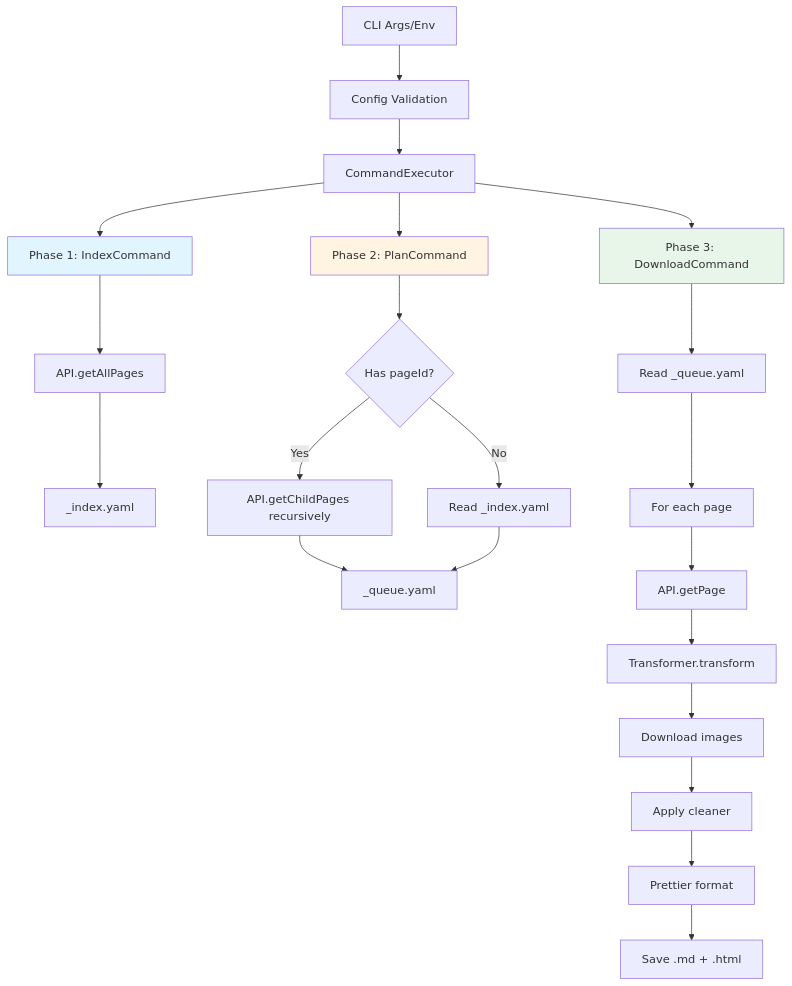
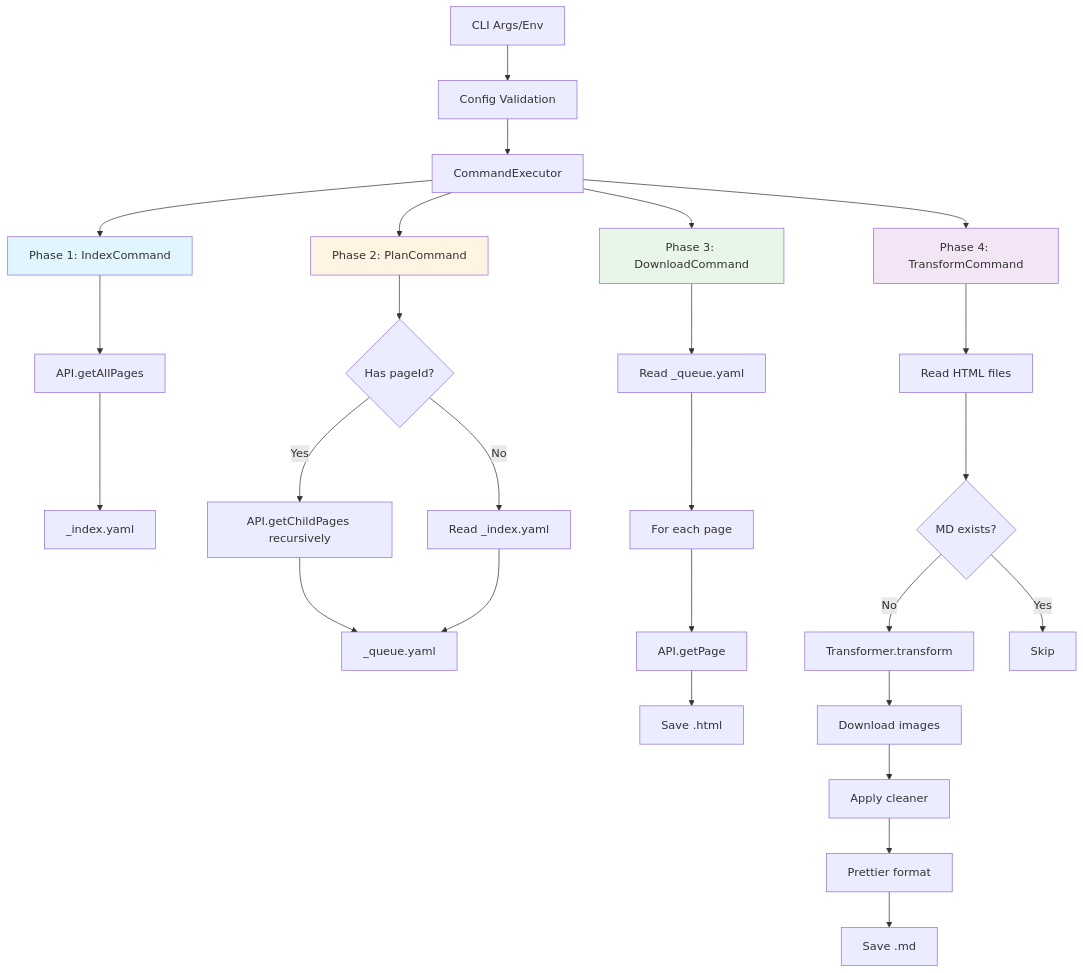
One commit to borgius/confluence-exporter changed the first of 4 diagrams in agents.md. Above: the diagram before and after it, drawn with Mermaid. The commit also changed other lines of this file and 6 other files, not shown here.

First line of the commit message:
feat: Add TransformCommand to convert HTML files to Markdown

````diff
--- a/agents.md
+++ b/agents.md
@@ -67,31 +72,38 @@
 ```mermaid
 flowchart TD
     A[CLI Args/Env] --> B[Config Validation]
     B --> C[CommandExecutor]
     
     C --> D[Phase 1: IndexCommand]
     C --> E[Phase 2: PlanCommand]
     C --> F[Phase 3: DownloadCommand]
+    C --> G[Phase 4: TransformCommand]
     
     D --> D1[API.getAllPages]
     D1 --> D2[_index.yaml]
     
     E --> E1{Has pageId?}
     E1 -->|Yes| E2[API.getChildPages recursively]
     E1 -->|No| E3[Read _index.yaml]
     E2 --> E4[_queue.yaml]
     E3 --> E4
     
     F --> F1[Read _queue.yaml]
     F1 --> F2[For each page]
     F2 --> F3[API.getPage]
-    F3 --> F4[Transformer.transform]
-    F4 --> F5[Download images]
-    F5 --> F6[Apply cleaner]
-    F6 --> F7[Prettier format]
-    F7 --> F8[Save .md + .html]
+    F3 --> F4[Save .html]
+    
+    G --> G1[Read HTML files]
+    G1 --> G2{MD exists?}
+    G2 -->|No| G3[Transformer.transform]
+    G2 -->|Yes| G4[Skip]
+    G3 --> G5[Download images]
+    G5 --> G6[Apply cleaner]
+    G6 --> G7[Prettier format]
+    G7 --> G8[Save .md]
     
     style D fill:#e1f5ff
     style E fill:#fff4e1
     style F fill:#e8f5e9
+    style G fill:#f3e5f5
 ```
````
